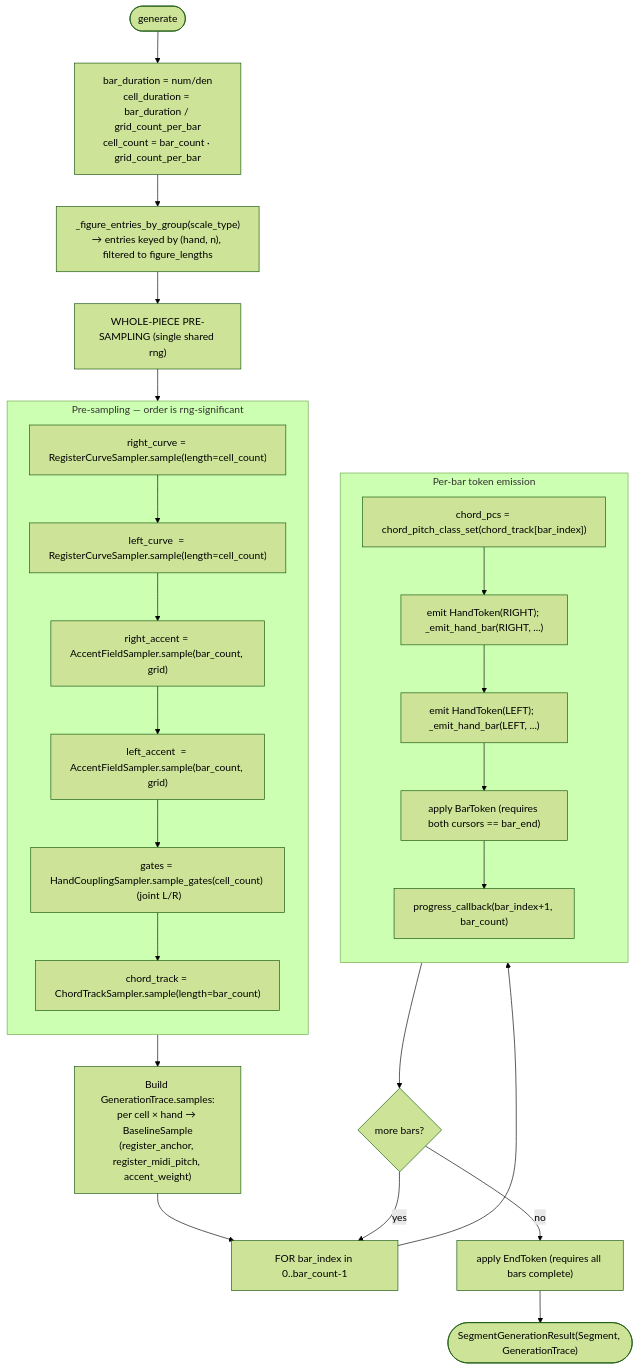
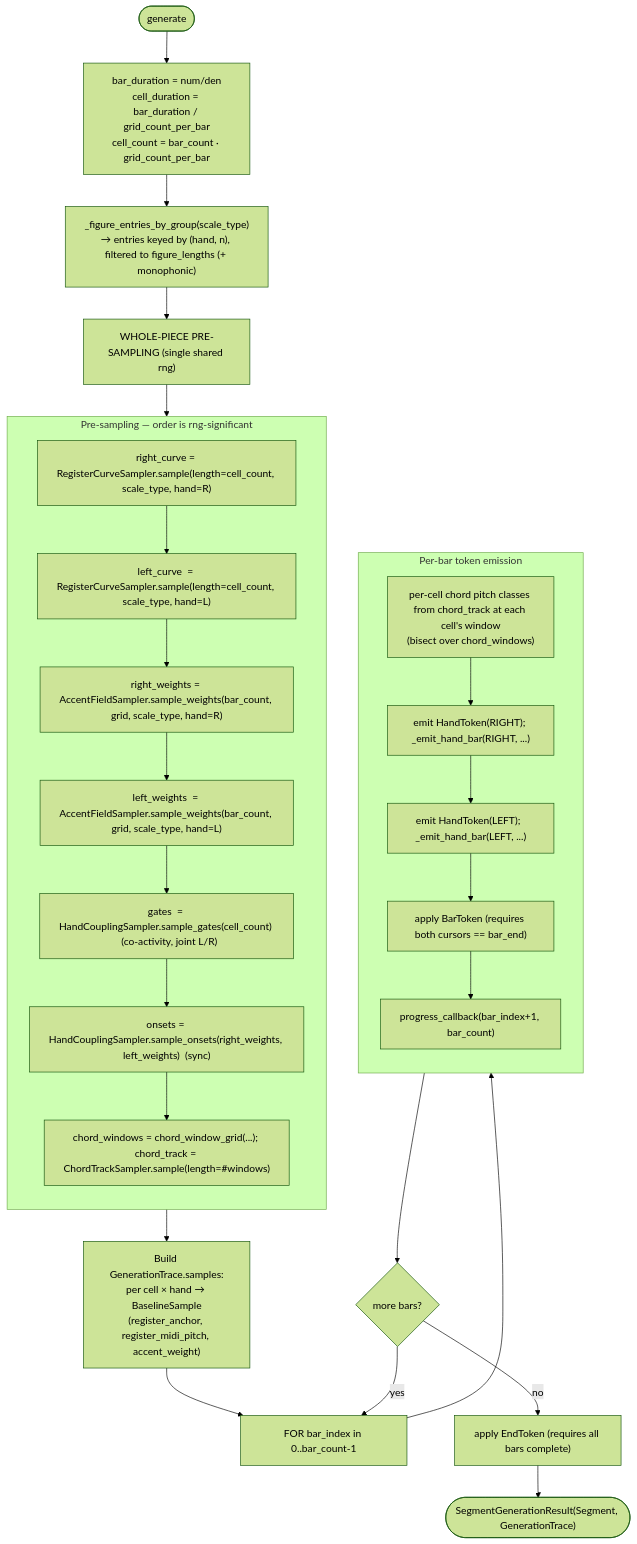
The fourth of 7 diagrams in docs/generator-model.md (JakimPL/Musak), drawn with Mermaid (forest theme) before and after one commit. The commit also changed other lines of this file and 6 other files, not shown here.

````diff
--- a/docs/generator-model.md
+++ b/docs/generator-model.md
@@ -154,35 +173,36 @@
 ```mermaid
 flowchart TB
   start([generate]) --> derive["bar_duration = num/den<br/>cell_duration = bar_duration / grid_count_per_bar<br/>cell_count = bar_count · grid_count_per_bar"]
-  derive --> group["_figure_entries_by_group(scale_type)<br/>→ entries keyed by (hand, n), filtered to figure_lengths"]
+  derive --> group["_figure_entries_by_group(scale_type)<br/>→ entries keyed by (hand, n), filtered to figure_lengths (+ monophonic)"]
 
   group --> presample["WHOLE-PIECE PRE-SAMPLING (single shared rng)"]
   subgraph presample_box["Pre-sampling — order is rng-significant"]
     direction TB
-    p1["right_curve = RegisterCurveSampler.sample(length=cell_count)"]
-    p2["left_curve  = RegisterCurveSampler.sample(length=cell_count)"]
-    p3["right_accent = AccentFieldSampler.sample(bar_count, grid)"]
-    p4["left_accent  = AccentFieldSampler.sample(bar_count, grid)"]
-    p5["gates = HandCouplingSampler.sample_gates(cell_count)  (joint L/R)"]
-    p6["chord_track = ChordTrackSampler.sample(length=bar_count)"]
-    p1-->p2-->p3-->p4-->p5-->p6
+    p1["right_curve = RegisterCurveSampler.sample(length=cell_count, scale_type, hand=R)"]
+    p2["left_curve  = RegisterCurveSampler.sample(length=cell_count, scale_type, hand=L)"]
+    p3["right_weights = AccentFieldSampler.sample_weights(bar_count, grid, scale_type, hand=R)"]
+    p4["left_weights  = AccentFieldSampler.sample_weights(bar_count, grid, scale_type, hand=L)"]
+    p5["gates  = HandCouplingSampler.sample_gates(cell_count)   (co-activity, joint L/R)"]
+    p6["onsets = HandCouplingSampler.sample_onsets(right_weights, left_weights)  (sync)"]
+    p7["chord_windows = chord_window_grid(...); chord_track = ChordTrackSampler.sample(length=#windows)"]
+    p1-->p2-->p3-->p4-->p5-->p6-->p7
   end
   presample --> presample_box
 
   presample_box --> trace["Build GenerationTrace.samples:<br/>per cell × hand → BaselineSample<br/>(register_anchor, register_midi_pitch, accent_weight)"]
 
   trace --> loop["FOR bar_index in 0..bar_count-1"]
   subgraph barloop["Per-bar token emission"]
     direction TB
-    cpcs["chord_pcs = chord_pitch_class_set(chord_track[bar_index])"]
+    cpcs["per-cell chord pitch classes from chord_track at each cell's window<br/>(bisect over chord_windows)"]
     cpcs --> hr["emit HandToken(RIGHT); _emit_hand_bar(RIGHT, ...)"]
     hr --> hl["emit HandToken(LEFT);  _emit_hand_bar(LEFT, ...)"]
     hl --> bar["apply BarToken (requires both cursors == bar_end)"]
     bar --> prog["progress_callback(bar_index+1, bar_count)"]
   end
   loop --> barloop
   barloop --> nextbar{"more bars?"}
   nextbar -- yes --> loop
   nextbar -- no --> endtok["apply EndToken (requires all bars complete)"]
   endtok --> result(["SegmentGenerationResult(Segment, GenerationTrace)"])
 ```
````
